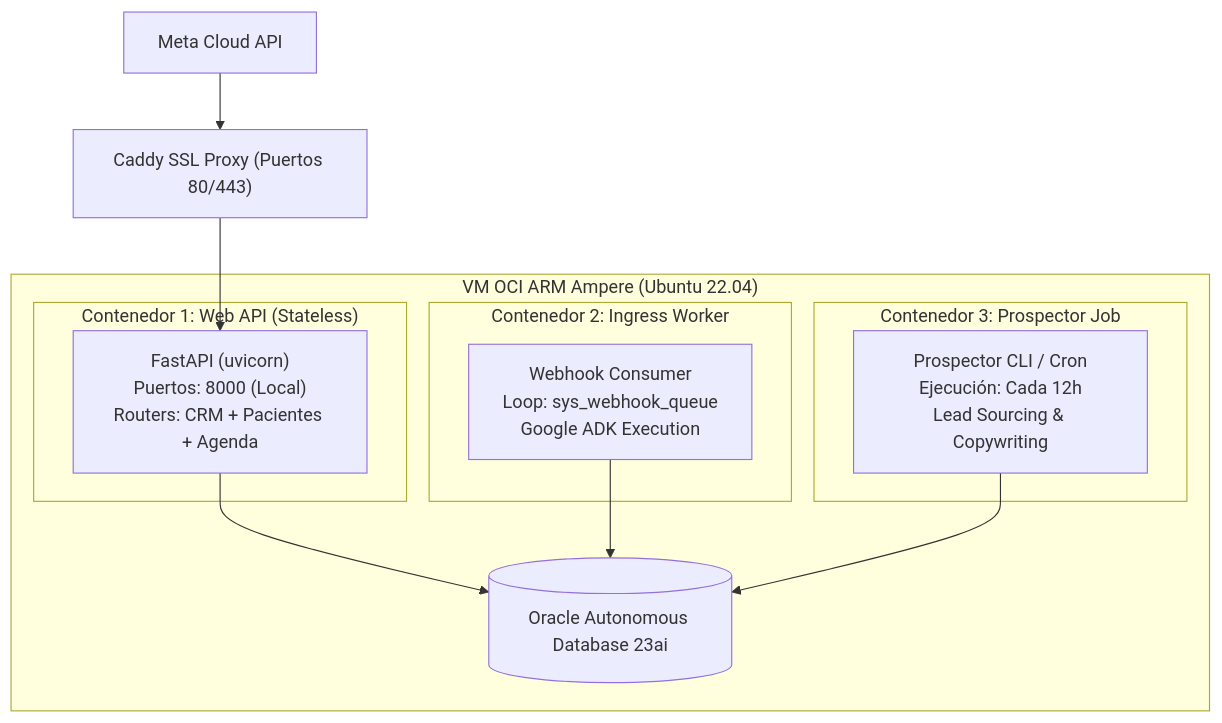
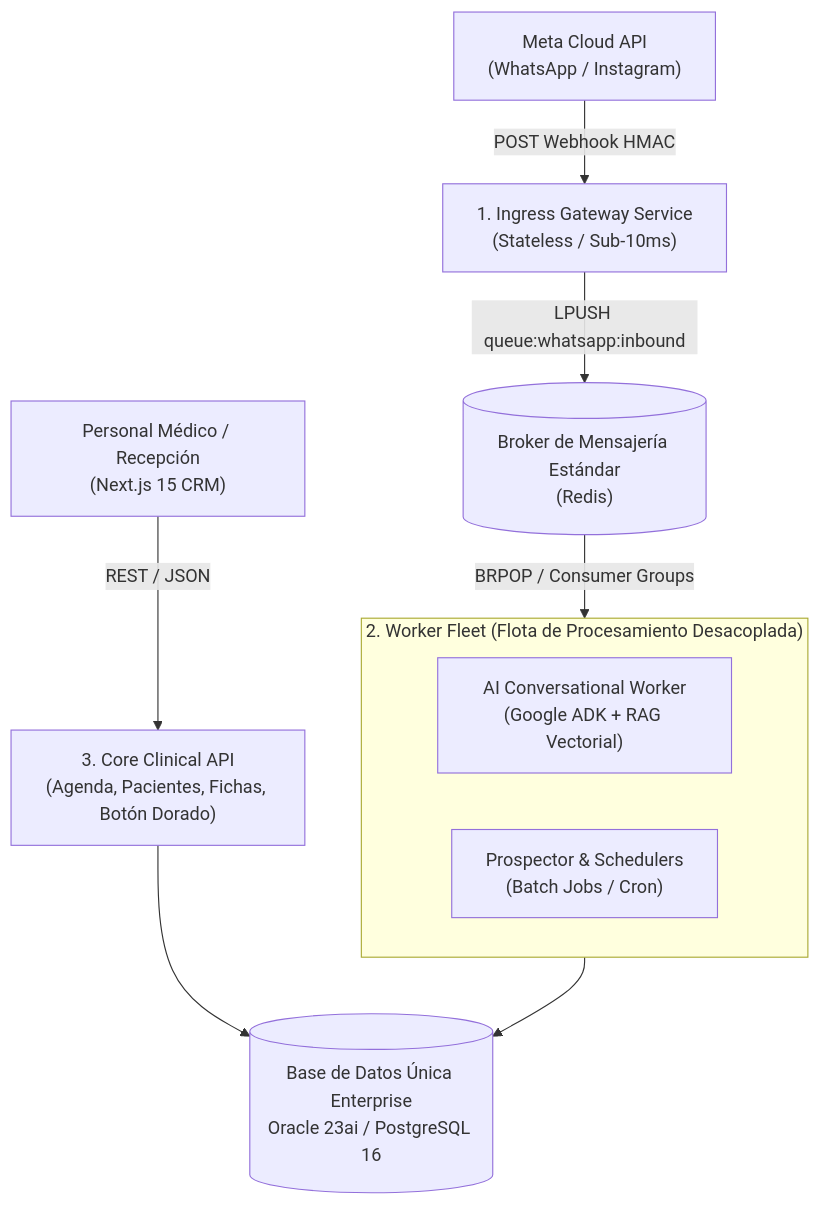
One commit to vivenegasl/valvic-architecture-and-docs changed the diagram in docs/adr/0006-deconstruccion-del-monolito-a-modulos-independientes.md. Above: the diagram before and after it, drawn with Mermaid. The commit also changed other lines of this file and 1 other file, not shown here.

Commit message:
docs(adr): harmonize ADR-0006 with SAD v2.1 3 pragmatic microservices and redis broker

````diff
--- a/docs/adr/0006-deconstruccion-del-monolito-a-modulos-independientes.md
+++ b/docs/adr/0006-deconstruccion-del-monolito-a-modulos-independientes.md
@@ -36,25 +39,18 @@
 ```mermaid
-graph TB
-    subgraph Host["VM OCI ARM Ampere (Ubuntu 22.04)"]
-        subgraph ContenedorAPI["Contenedor 1: Web API (Stateless)"]
-            FastAPI["FastAPI (uvicorn)<br/>Puertos: 8000 (Local)<br/>Routers: CRM + Pacientes + Agenda"]
-        end
-
-        subgraph ContenedorWorker["Contenedor 2: Ingress Worker"]
-            Worker["Webhook Consumer<br/>Loop: sys_webhook_queue<br/>Google ADK Execution"]
-        end
-
-        subgraph ContenedorBatch["Contenedor 3: Prospector Job"]
-            Batch["Prospector CLI / Cron<br/>Ejecución: Cada 12h<br/>Lead Sourcing & Copywriting"]
-        end
-
-        DB[(Oracle Autonomous Database 23ai)]
+flowchart TD
+    Meta["Meta Cloud API<br/>(WhatsApp / Instagram)"] -->|POST Webhook HMAC| S1["1. Ingress Gateway Service<br/>(Stateless / Sub-10ms)"]
+    
+    S1 -->|LPUSH queue:whatsapp:inbound| Redis[("Broker de Mensajería Estándar<br/>(Redis)")]
+    
+    subgraph S2["2. Worker Fleet (Flota de Procesamiento Desacoplada)"]
+        AI_Worker["AI Conversational Worker<br/>(Google ADK + RAG Vectorial)"]
+        Batch_Worker["Prospector & Schedulers<br/>(Batch Jobs / Cron)"]
     end
-
-    Caddy["Caddy SSL Proxy (Puertos 80/443)"] --> FastAPI
-    Meta["Meta Cloud API"] --> Caddy
     
-    FastAPI --> DB
-    Worker --> DB
-    Batch --> DB
+    Redis -->|BRPOP / Consumer Groups| S2
+    
+    CRM["Personal Médico / Recepción<br/>(Next.js 15 CRM)"] -->|REST / JSON| S3["3. Core Clinical API<br/>(Agenda, Pacientes, Fichas, Botón Dorado)"]
+    
+    S2 --> DB[(Base de Datos Única Enterprise<br/>Oracle 23ai / PostgreSQL 16)]
+    S3 --> DB
 ```
````
